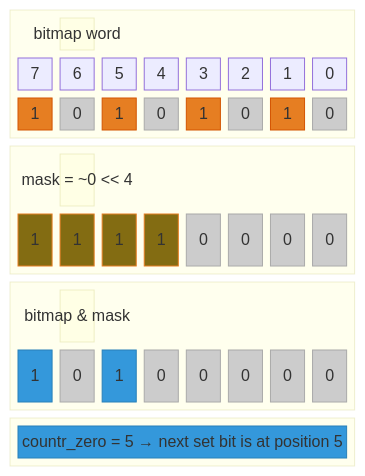
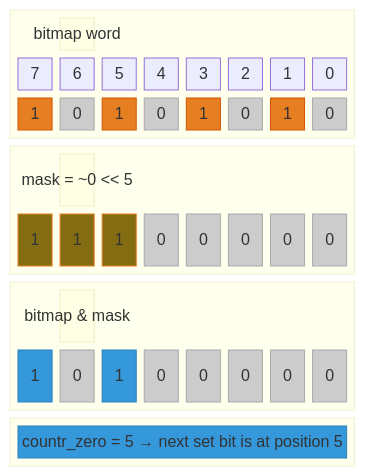
Before and after one commit to glennteitelbaum/KTRIE: the seventh of 21 diagrams in ktrie.md, drawn with Mermaid. The commit also changed other lines of this file and 2 other files, not shown here.

````diff
--- a/ktrie.md
+++ b/ktrie.md
@@ -812,69 +886,69 @@
 ```mermaid
 block
   columns 1
 
   block:BMP2
     columns 8
     space
     block:bmp2_lbl["bitmap word"]:6
       space
     end
     space
     si7["7"] si6["6"] si5["5"] si4["4"] si3["3"] si2["2"] si1["1"] si0["0"]
     s7["1"] s6["0"] s5["1"] s4["0"] s3["1"] s2["0"] s1["1"] s0["0"]
   end
 
   block:SMASK
     columns 8
     space
-    block:smask_lbl["mask = ~0 << 4"]:6
+    block:smask_lbl["mask = ~0 << 5"]:6
       space
     end
     space
-    sm7["1"] sm6["1"] sm5["1"] sm4["1"] sm3["0"] sm2["0"] sm1["0"] sm0["0"]
+    sm7["1"] sm6["1"] sm5["1"] sm4["0"] sm3["0"] sm2["0"] sm1["0"] sm0["0"]
   end
 
   block:SAND
     columns 8
     space
     block:sand_lbl["bitmap & mask"]:6
       space
     end
     space
     sa7["1"] sa6["0"] sa5["1"] sa4["0"] sa3["0"] sa2["0"] sa1["0"] sa0["0"]
   end
 
   block:SRESULT
     columns 1
     sres["countr_zero = 5 → next set bit is at position 5"]
   end
 
   style s7 fill:#e67e22,color:#fff,stroke:#d35400
   style s5 fill:#e67e22,color:#fff,stroke:#d35400
   style s3 fill:#e67e22,color:#fff,stroke:#d35400
   style s1 fill:#e67e22,color:#fff,stroke:#d35400
   style s6 fill:#ccc,color:#666,stroke:#aaa
   style s4 fill:#ccc,color:#666,stroke:#aaa
   style s2 fill:#ccc,color:#666,stroke:#aaa
   style s0 fill:#ccc,color:#666,stroke:#aaa
 
   style sm7 fill:#836c12,color:#fff,stroke:#e67e22
   style sm6 fill:#836c12,color:#fff,stroke:#e67e22
   style sm5 fill:#836c12,color:#fff,stroke:#e67e22
-  style sm4 fill:#836c12,color:#fff,stroke:#e67e22
+  style sm4 fill:#ccc,color:#666,stroke:#aaa
   style sm3 fill:#ccc,color:#666,stroke:#aaa
   style sm2 fill:#ccc,color:#666,stroke:#aaa
   style sm1 fill:#ccc,color:#666,stroke:#aaa
   style sm0 fill:#ccc,color:#666,stroke:#aaa
 
   style sa7 fill:#3498db,color:#fff,stroke:#2980b9
   style sa5 fill:#3498db,color:#fff,stroke:#2980b9
   style sa6 fill:#ccc,color:#666,stroke:#aaa
   style sa4 fill:#ccc,color:#666,stroke:#aaa
   style sa3 fill:#ccc,color:#666,stroke:#aaa
   style sa2 fill:#ccc,color:#666,stroke:#aaa
   style sa1 fill:#ccc,color:#666,stroke:#aaa
   style sa0 fill:#ccc,color:#666,stroke:#aaa
 
   style sres fill:#3498db,color:#fff,stroke:#2980b9
 ```
````
